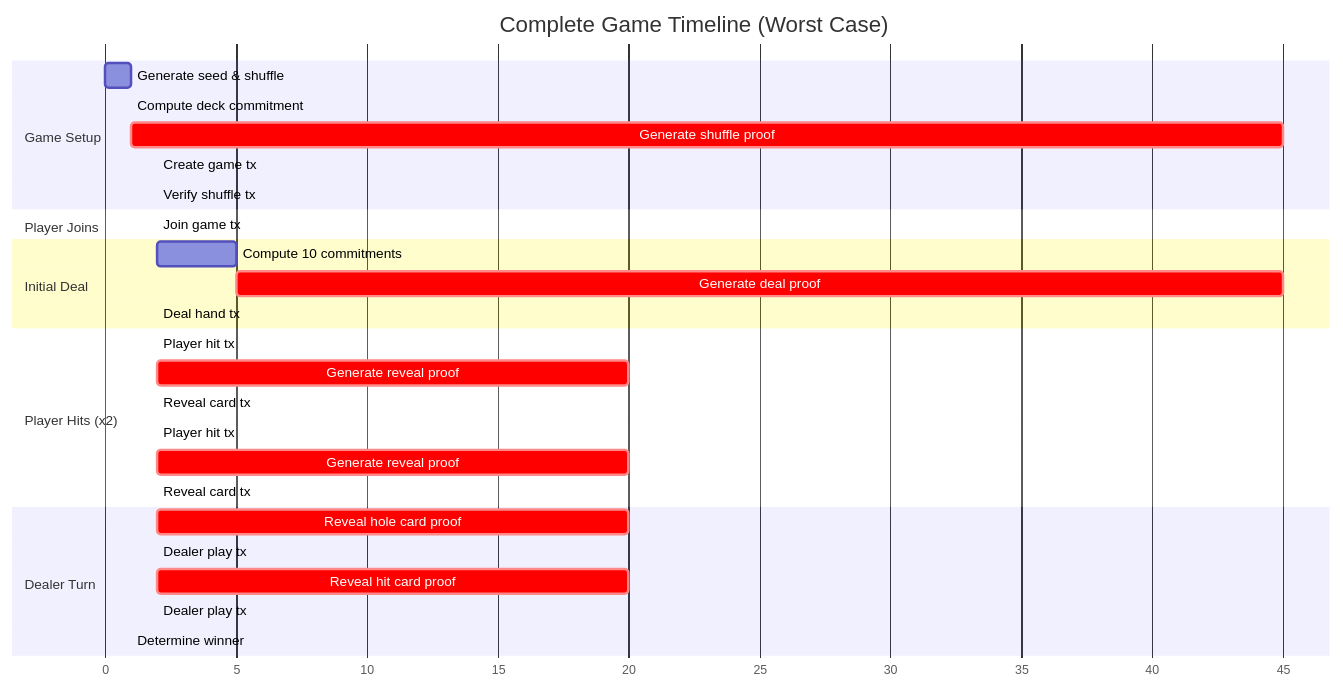
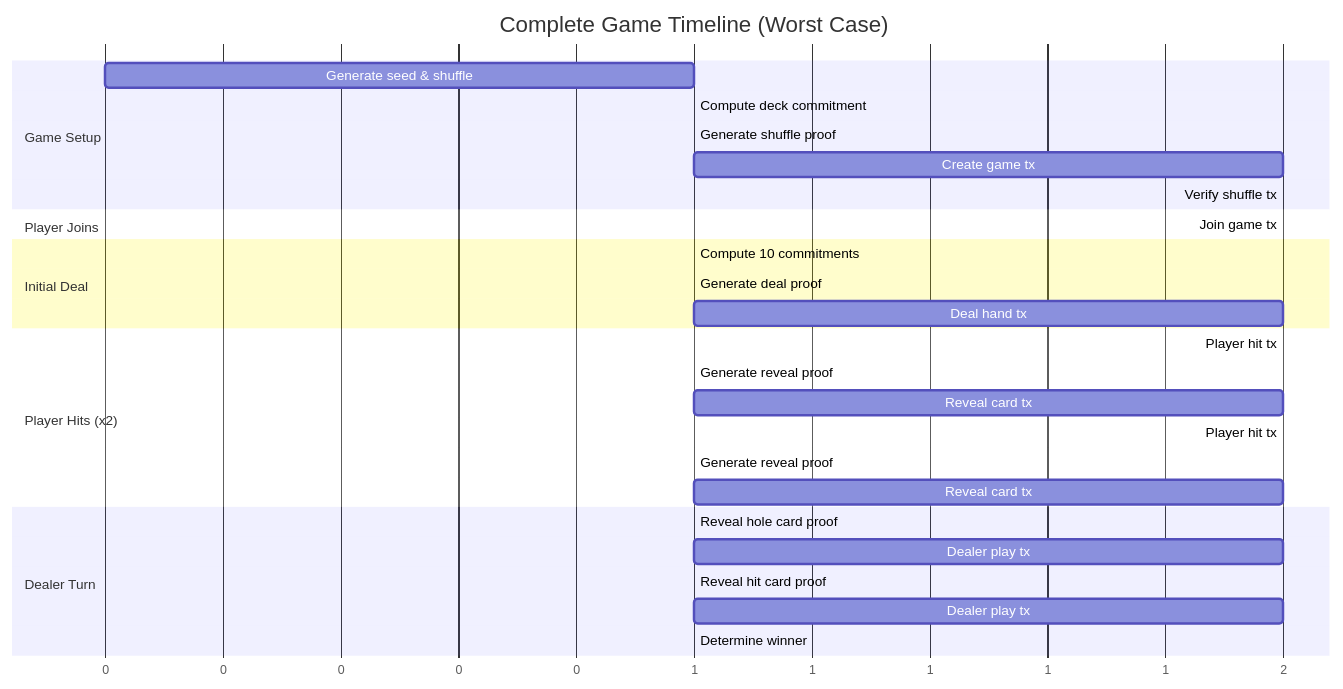
Diagram 12 of 12 in README.md (Marcussy34/solanaprivacyhack), drawn with Mermaid before and after one commit. The commit also changed other lines of this file, not shown here.

````diff
--- a/README.md
+++ b/README.md
@@ -798,36 +798,36 @@
 ```mermaid
 gantt
     title Complete Game Timeline (Worst Case)
     dateFormat X
     axisFormat %s
 
     section Game Setup
     Generate seed & shuffle     :a1, 0, 1
     Compute deck commitment     :a2, after a1, 1
-    Generate shuffle proof      :crit, a3, after a2, 45
+    Generate shuffle proof      :crit, a3, after a2, 1
     Create game tx              :a4, after a3, 2
     Verify shuffle tx           :a5, after a4, 2
 
     section Player Joins
     Join game tx                :b1, after a5, 2
 
     section Initial Deal
-    Compute 10 commitments      :c1, after b1, 5
-    Generate deal proof         :crit, c2, after c1, 45
+    Compute 10 commitments      :c1, after b1, 1
+    Generate deal proof         :crit, c2, after c1, 1
     Deal hand tx                :c3, after c2, 2
 
     section Player Hits (x2)
     Player hit tx               :d1, after c3, 2
-    Generate reveal proof       :crit, d2, after d1, 20
+    Generate reveal proof       :crit, d2, after d1, 1
     Reveal card tx              :d3, after d2, 2
     Player hit tx               :d4, after d3, 2
-    Generate reveal proof       :crit, d5, after d4, 20
+    Generate reveal proof       :crit, d5, after d4, 1
     Reveal card tx              :d6, after d5, 2
 
     section Dealer Turn
-    Reveal hole card proof      :crit, e1, after d6, 20
+    Reveal hole card proof      :crit, e1, after d6, 1
     Dealer play tx              :e2, after e1, 2
-    Reveal hit card proof       :crit, e3, after e2, 20
+    Reveal hit card proof       :crit, e3, after e2, 1
     Dealer play tx              :e4, after e3, 2
     Determine winner            :e5, after e4, 1
 ```
````
